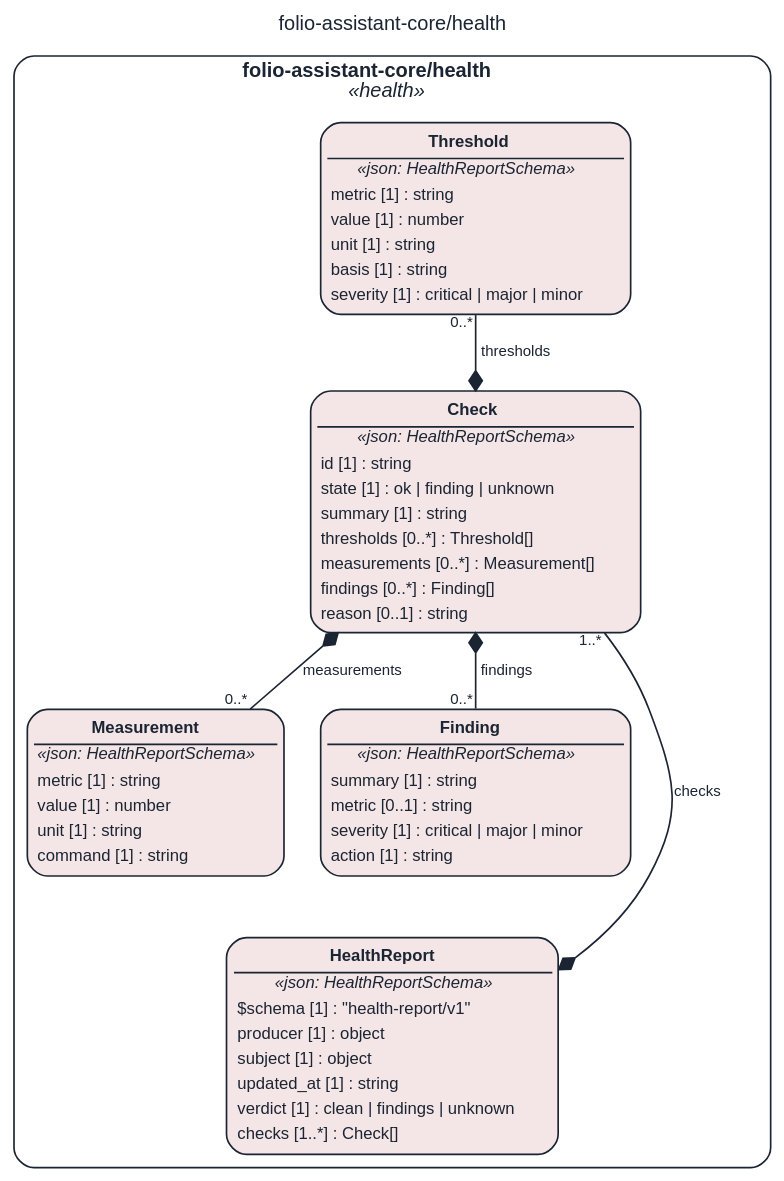
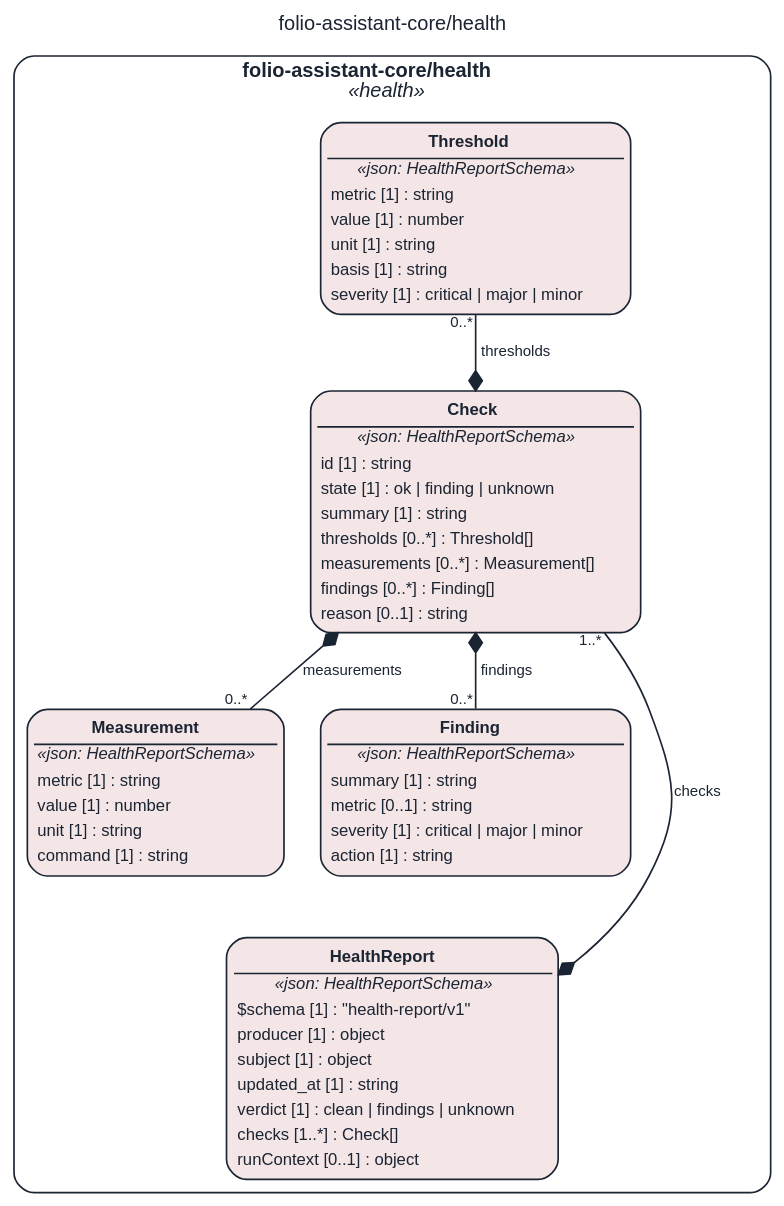
One commit to litlfred/folio-assistant changed the diagram in STAGING/claude-repin-layers-green/assets/img/uml/overview/folio-assistant-core/health.dot. Above: the diagram before and after it, drawn with Graphviz. The commit also changed 19685 other files, not shown here.

```diff
--- a/STAGING/claude-repin-layers-green/assets/img/uml/overview/folio-assistant-core/health.dot
+++ b/STAGING/claude-repin-layers-green/assets/img/uml/overview/folio-assistant-core/health.dot
@@ -1,21 +1,21 @@
 // GENERATED by cat-harness-tools/scripts/gen-uml-overview.ts — do not edit.
 // Rendered page (interactive view, same model): https://litlfred.github.io/folio-assistant/uml/overview/folio-assistant-core/health.html
 digraph "folio_assistant_core_health" {
   graph [label="folio-assistant-core/health", labelloc=t, fontname="Helvetica", fontsize=12, fontcolor="#1b2432", newrank=true, ratio=auto, nodesep=0.3, ranksep=0.5, bgcolor="transparent"];
   node [shape=box, style="rounded,filled", margin=0.05, fontname="Helvetica", fontsize=10, color="#1b2432", fontcolor="#1b2432"];
   edge [color="#1b2432", fontcolor="#1b2432", fontname="Helvetica", fontsize=9];
   subgraph "cluster_pkg_folio_assistant_core_health" {
     label=<<b>folio-assistant-core/health</b><br/><i>«health»</i>>; style="rounded"; color="#1b2432"; class="fa_uml_subgraph";
     "folio_assistant_core_health_Threshold" [fillcolor="#f4e6e6", class="fa_uml_kind_health", label=<<table border="0" cellborder="0" cellspacing="0" cellpadding="2"><tr><td border="1" sides="b"><b>Threshold</b></td></tr><tr><td><i>«json: HealthReportSchema»</i></td></tr><tr><td align="left">metric [1] : string</td></tr><tr><td align="left">value [1] : number</td></tr><tr><td align="left">unit [1] : string</td></tr><tr><td align="left">basis [1] : string</td></tr><tr><td align="left">severity [1] : critical | major | minor</td></tr></table>>];
     "folio_assistant_core_health_Measurement" [fillcolor="#f4e6e6", class="fa_uml_kind_health", label=<<table border="0" cellborder="0" cellspacing="0" cellpadding="2"><tr><td border="1" sides="b"><b>Measurement</b></td></tr><tr><td><i>«json: HealthReportSchema»</i></td></tr><tr><td align="left">metric [1] : string</td></tr><tr><td align="left">value [1] : number</td></tr><tr><td align="left">unit [1] : string</td></tr><tr><td align="left">command [1] : string</td></tr></table>>];
     "folio_assistant_core_health_Finding" [fillcolor="#f4e6e6", class="fa_uml_kind_health", label=<<table border="0" cellborder="0" cellspacing="0" cellpadding="2"><tr><td border="1" sides="b"><b>Finding</b></td></tr><tr><td><i>«json: HealthReportSchema»</i></td></tr><tr><td align="left">summary [1] : string</td></tr><tr><td align="left">metric [0..1] : string</td></tr><tr><td align="left">severity [1] : critical | major | minor</td></tr><tr><td align="left">action [1] : string</td></tr></table>>];
     "folio_assistant_core_health_Check" [fillcolor="#f4e6e6", class="fa_uml_kind_health", label=<<table border="0" cellborder="0" cellspacing="0" cellpadding="2"><tr><td border="1" sides="b"><b>Check</b></td></tr><tr><td><i>«json: HealthReportSchema»</i></td></tr><tr><td align="left">id [1] : string</td></tr><tr><td align="left">state [1] : ok | finding | unknown</td></tr><tr><td align="left">summary [1] : string</td></tr><tr><td align="left">thresholds [0..*] : Threshold[]</td></tr><tr><td align="left">measurements [0..*] : Measurement[]</td></tr><tr><td align="left">findings [0..*] : Finding[]</td></tr><tr><td align="left">reason [0..1] : string</td></tr></table>>];
-    "folio_assistant_core_health_HealthReport" [fillcolor="#f4e6e6", class="fa_uml_kind_health", label=<<table border="0" cellborder="0" cellspacing="0" cellpadding="2"><tr><td border="1" sides="b"><b>HealthReport</b></td></tr><tr><td><i>«json: HealthReportSchema»</i></td></tr><tr><td align="left">$schema [1] : &quot;health-report/v1&quot;</td></tr><tr><td align="left">producer [1] : object</td></tr><tr><td align="left">subject [1] : object</td></tr><tr><td align="left">updated_at [1] : string</td></tr><tr><td align="left">verdict [1] : clean | findings | unknown</td></tr><tr><td align="left">checks [1..*] : Check[]</td></tr></table>>];
+    "folio_assistant_core_health_HealthReport" [fillcolor="#f4e6e6", class="fa_uml_kind_health", label=<<table border="0" cellborder="0" cellspacing="0" cellpadding="2"><tr><td border="1" sides="b"><b>HealthReport</b></td></tr><tr><td><i>«json: HealthReportSchema»</i></td></tr><tr><td align="left">$schema [1] : &quot;health-report/v1&quot;</td></tr><tr><td align="left">producer [1] : object</td></tr><tr><td align="left">subject [1] : object</td></tr><tr><td align="left">updated_at [1] : string</td></tr><tr><td align="left">verdict [1] : clean | findings | unknown</td></tr><tr><td align="left">checks [1..*] : Check[]</td></tr><tr><td align="left">runContext [0..1] : object</td></tr></table>>];
   }
   "folio_assistant_core_health_Check" -> "folio_assistant_core_health_Threshold" [dir=both, arrowtail=diamond, arrowhead=none, label="thresholds", headlabel="0..*", class="fa_uml_composition"];
   "folio_assistant_core_health_Check" -> "folio_assistant_core_health_Measurement" [dir=both, arrowtail=diamond, arrowhead=none, label="measurements", headlabel="0..*", class="fa_uml_composition"];
   "folio_assistant_core_health_Check" -> "folio_assistant_core_health_Finding" [dir=both, arrowtail=diamond, arrowhead=none, label="findings", headlabel="0..*", class="fa_uml_composition"];
   "folio_assistant_core_health_HealthReport" -> "folio_assistant_core_health_Check" [dir=both, arrowtail=diamond, arrowhead=none, label="checks", headlabel="1..*", class="fa_uml_composition"];
   "folio_assistant_core_health_Threshold" -> "folio_assistant_core_health_Check" [style=invis, class="kg-graph-anchor"];
   "folio_assistant_core_health_Measurement" -> "folio_assistant_core_health_HealthReport" [style=invis, class="kg-graph-anchor"];
 }
```
